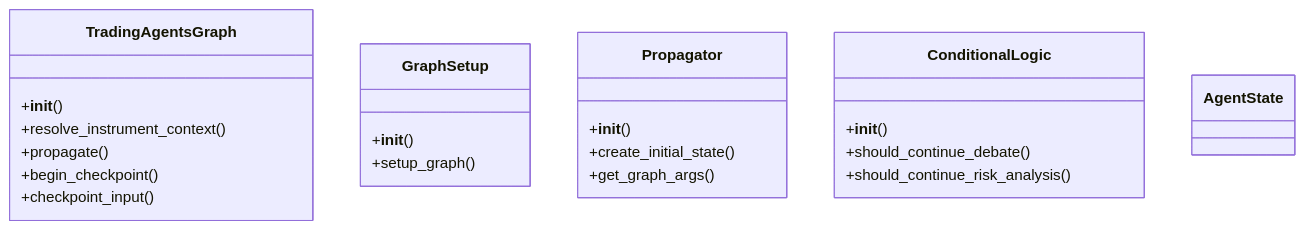
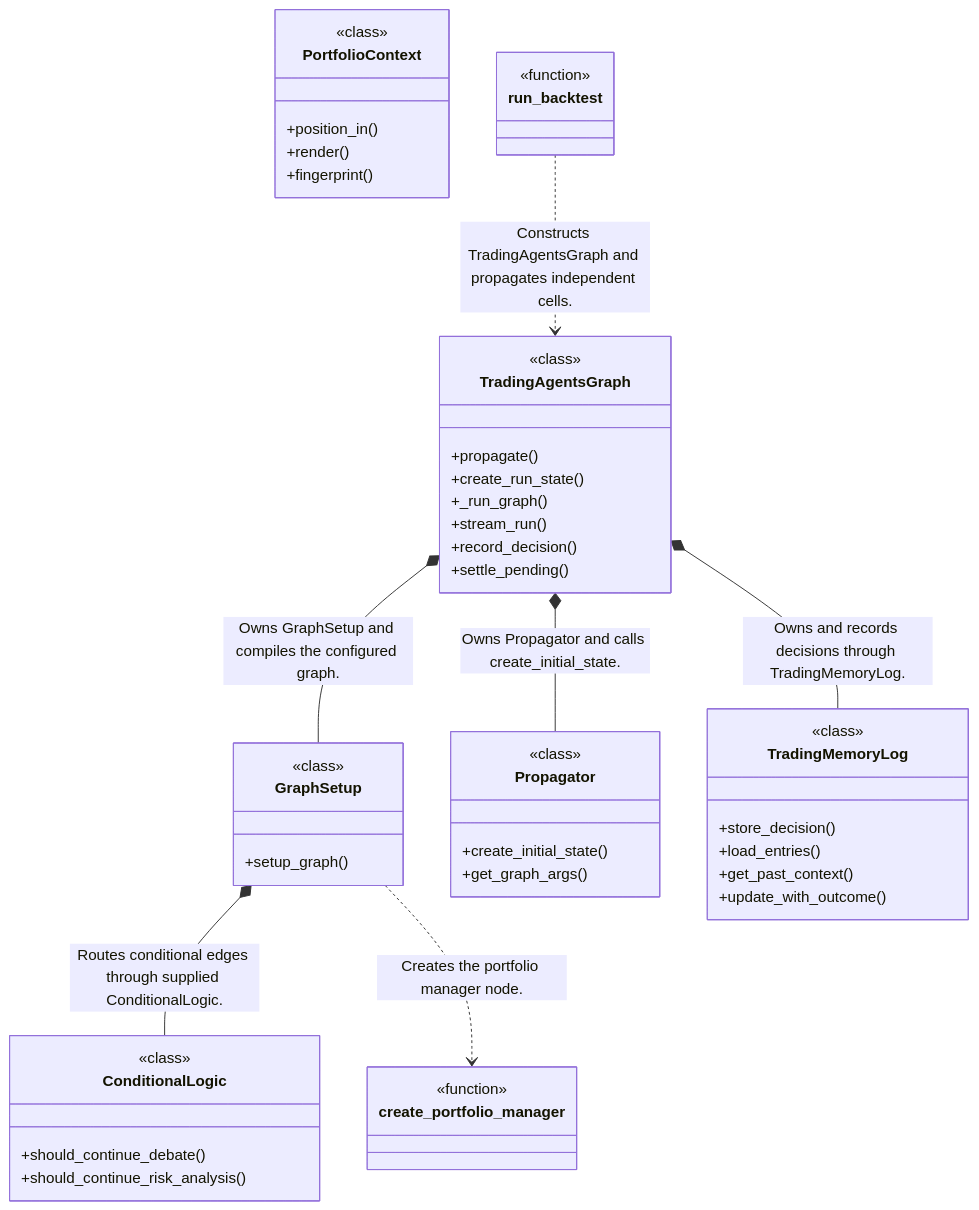
The second of 4 diagrams in docs/ayu-develop.md (alexcwyu/TradingAgents), drawn with Mermaid before and after one commit. The commit also changed other lines of this file and 13 other files, not shown here.

Commit message:
docs: standardize source-reviewed system guides and offline diagrams

````diff
--- a/docs/ayu-develop.md
+++ b/docs/ayu-develop.md
@@ -84,26 +102,51 @@
 ```mermaid
 classDiagram
-    class TradingAgentsGraph {
-        +__init__()
-        +resolve_instrument_context()
-        +propagate()
-        +begin_checkpoint()
-        +checkpoint_input()
-    }
-    class GraphSetup {
-        +__init__()
-        +setup_graph()
-    }
-    class Propagator {
-        +__init__()
-        +create_initial_state()
-        +get_graph_args()
-    }
-    class ConditionalLogic {
-        +__init__()
-        +should_continue_debate()
-        +should_continue_risk_analysis()
-    }
-    class AgentState {
-    }
+  class N0["TradingAgentsGraph"] {
+    <<class>>
+    +propagate()
+    +create_run_state()
+    +_run_graph()
+    +stream_run()
+    +record_decision()
+    +settle_pending()
+  }
+  class N1["GraphSetup"] {
+    <<class>>
+    +setup_graph()
+  }
+  class N2["ConditionalLogic"] {
+    <<class>>
+    +should_continue_debate()
+    +should_continue_risk_analysis()
+  }
+  class N3["Propagator"] {
+    <<class>>
+    +create_initial_state()
+    +get_graph_args()
+  }
+  class N4["TradingMemoryLog"] {
+    <<class>>
+    +store_decision()
+    +load_entries()
+    +get_past_context()
+    +update_with_outcome()
+  }
+  class N5["PortfolioContext"] {
+    <<class>>
+    +position_in()
+    +render()
+    +fingerprint()
+  }
+  class N6["run_backtest"] {
+    <<function>>
+  }
+  class N7["create_portfolio_manager"] {
+    <<function>>
+  }
+  N0 *-- N1 : Owns GraphSetup and compiles the configured graph.
+  N0 *-- N3 : Owns Propagator and calls create_initial_state.
+  N0 *-- N4 : Owns and records decisions through TradingMemoryLog.
+  N1 *-- N2 : Routes conditional edges through supplied ConditionalLogic.
+  N1 ..> N7 : Creates the portfolio manager node.
+  N6 ..> N0 : Constructs TradingAgentsGraph and propagates independent cells.
 ```
````
